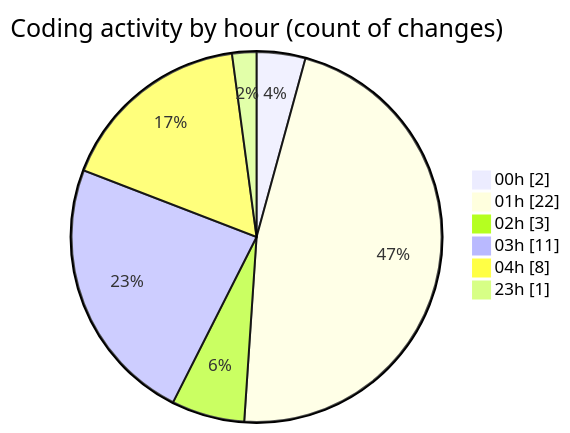
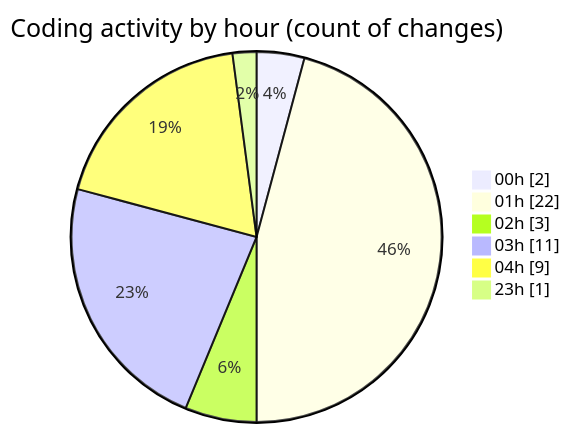
One commit to lephambinh05/code-tracking changed the second of 2 diagrams in 2025-07-19/nhahang/README.md. Above: the diagram before and after it, drawn with Mermaid. The commit also changed other lines of this file and 1 other file, not shown here.

````diff
--- a/2025-07-19/nhahang/README.md
+++ b/2025-07-19/nhahang/README.md
@@ -48,10 +48,10 @@
 ```mermaid
 pie showData
 title Coding activity by hour (count of changes)
 "00h" : 2
 "01h" : 22
 "02h" : 3
 "03h" : 11
-"04h" : 8
+"04h" : 9
 "23h" : 1
 ```
````
